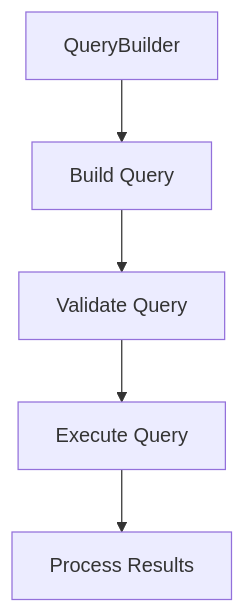
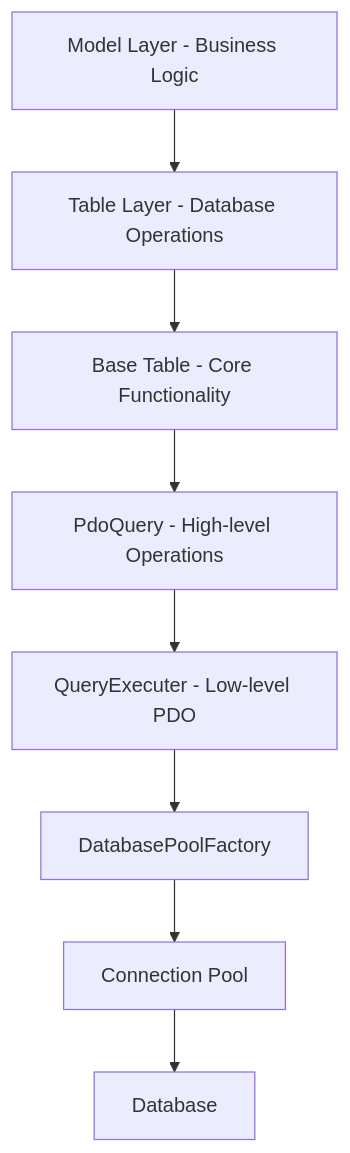
One commit to secure73/gemvc changed the second of 3 diagrams in docs/core/database-architecture.md. Above: the diagram before and after it, drawn with Mermaid. The commit also changed other lines of this file and 2 other files, not shown here.

Commit message:
PdoQuery

````diff
--- a/docs/core/database-architecture.md
+++ b/docs/core/database-architecture.md
@@ -146,7 +287,10 @@
 ```mermaid
 graph TD
-    A[QueryBuilder] --> B[Build Query]
-    B --> C[Validate Query]
-    C --> D[Execute Query]
-    D --> E[Process Results]
+    A[Model Layer - Business Logic] --> B[Table Layer - Database Operations]
+    B --> C[Base Table - Core Functionality]
+    C --> D[PdoQuery - High-level Operations]
+    D --> E[QueryExecuter - Low-level PDO]
+    E --> F[DatabasePoolFactory]
+    F --> G[Connection Pool]
+    G --> H[Database]
 ```
````
